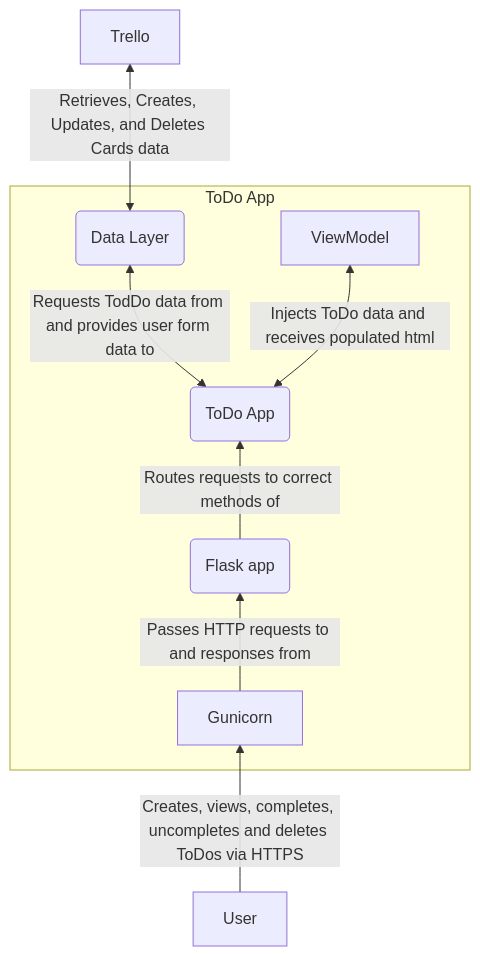
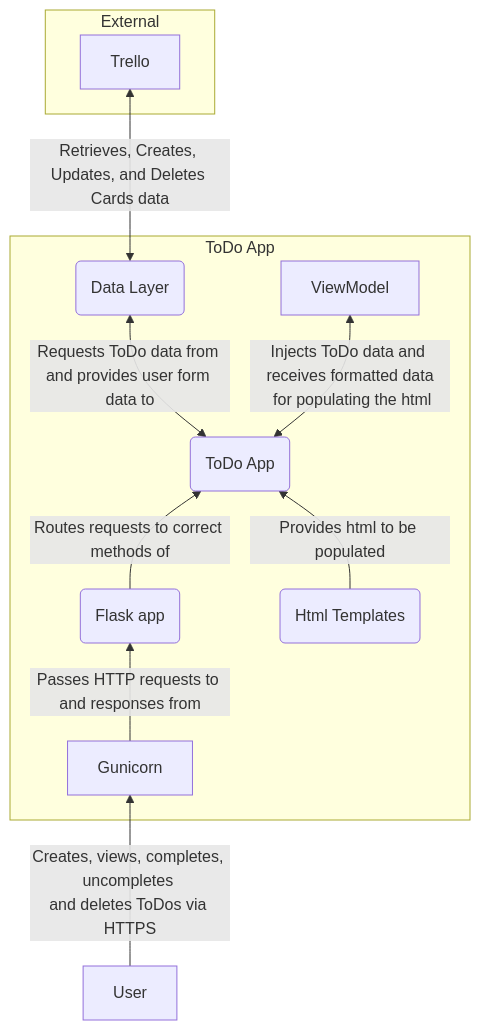
One commit to Travis-Softwire/DevOps-Course-Starter changed the diagram in architecture/components.mmd. Above: the diagram before and after it, drawn with Mermaid. The commit also changed 2 other files, not shown here.

```diff
--- a/architecture/components.mmd
+++ b/architecture/components.mmd
@@ -1,14 +1,19 @@
 flowchart BT
-    User -->|Creates, views, completes, uncompletes and deletes ToDos via HTTPS| Gunicorn
+    User -->|Creates, views, completes, uncompletes \nand deletes ToDos via HTTPS| Gunicorn
     Gunicorn -->|Passes HTTP requests to and responses from| Flask(Flask app)
     Flask -->|Routes requests to correct methods of| ToDoApp(ToDo App)
-    ToDoApp <-->|Requests TodDo data from and provides user form data to| DataLayer(Data Layer)
-    ToDoApp <-->|Injects ToDo data and receives populated html| ViewModel
+    ToDoApp <-->|Requests ToDo data from \nand provides user form data to| DataLayer(Data Layer)
+    ToDoApp <-->|Injects ToDo data and receives formatted data\n for populating the html| ViewModel
+    HtmlTemplate(Html Templates) -->|Provides html to be populated| ToDoApp
     DataLayer <-->|Retrieves, Creates, Updates, and Deletes Cards data| Trello
     subgraph App [ToDo App]
         Gunicorn
         Flask
         ToDoApp
+        HtmlTemplate
         ViewModel
         DataLayer
     end
+    subgraph External
+        Trello
+    end
```
